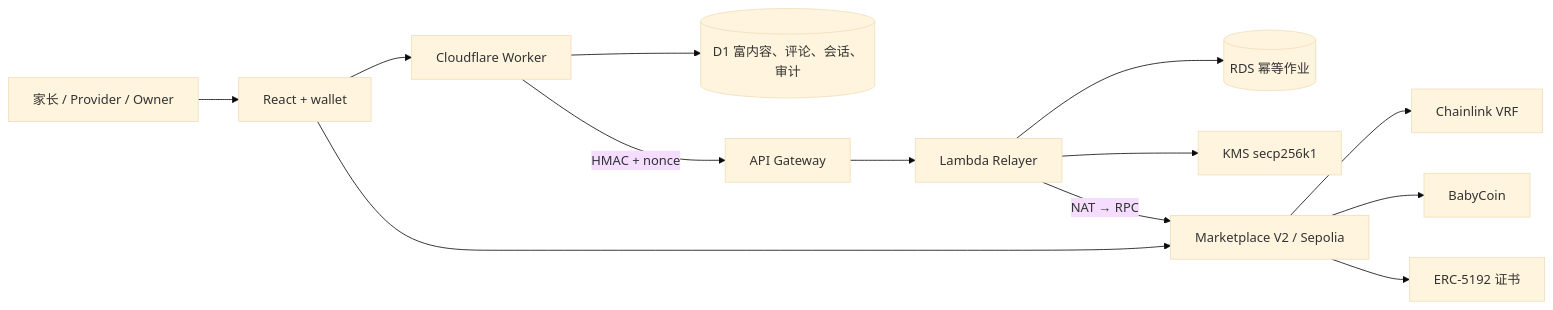
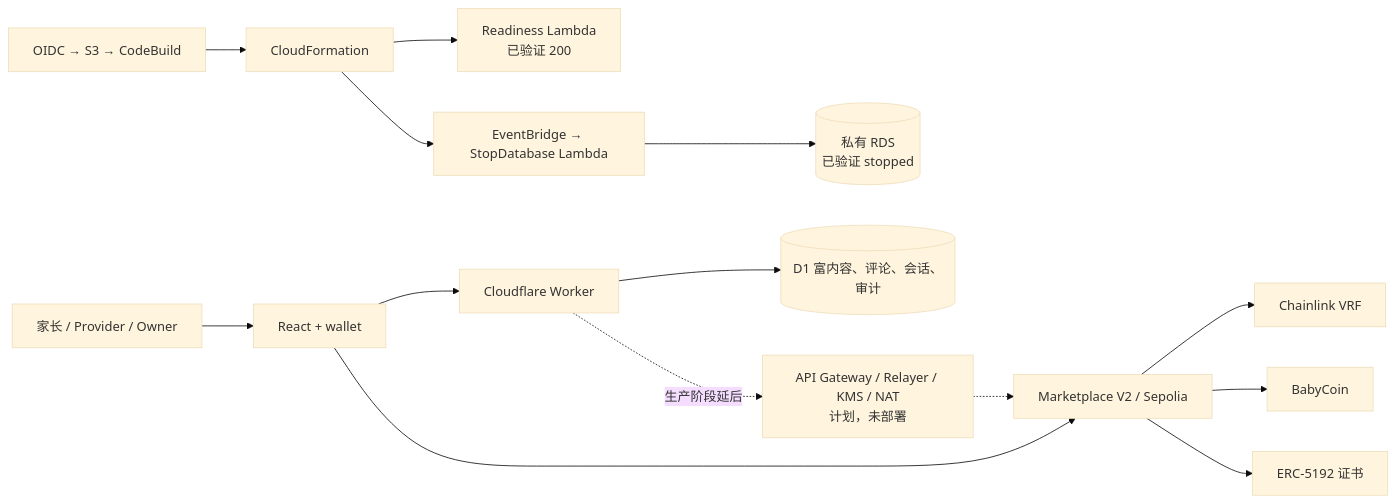
One commit to Tiancheng-Xu/babysteps changed the diagram in docs/architecture.md. Above: the diagram before and after it, drawn with Mermaid (base theme). The commit also changed other lines of this file and 7 other files, not shown here.

````diff
--- a/docs/architecture.md
+++ b/docs/architecture.md
@@ -15,15 +15,16 @@
 ```mermaid
 flowchart LR
     user["家长 / Provider / Owner"] --> web["React + wallet"]
     web --> worker["Cloudflare Worker"]
     worker --> d1[("D1 富内容、评论、会话、审计")]
     web --> market["Marketplace V2 / Sepolia"]
-    worker -->|"HMAC + nonce"| api["API Gateway"]
-    api --> lambda["Lambda Relayer"]
-    lambda --> rds[("RDS 幂等作业")]
-    lambda --> kms["KMS secp256k1"]
-    lambda -->|"NAT → RPC"| market
+    ci["OIDC → S3 → CodeBuild"] --> cfn["CloudFormation"]
+    cfn --> probe["Readiness Lambda<br/>已验证 200"]
+    cfn --> stop["EventBridge → StopDatabase Lambda"]
+    stop --> rds[("私有 RDS<br/>已验证 stopped")]
+    worker -.->|"生产阶段延后"| api["API Gateway / Relayer / KMS / NAT<br/>计划，未部署"]
+    api -.-> market
     market --> vrf["Chainlink VRF"]
     market --> coin["BabyCoin"]
     market --> sbt["ERC-5192 证书"]
 ```
````
